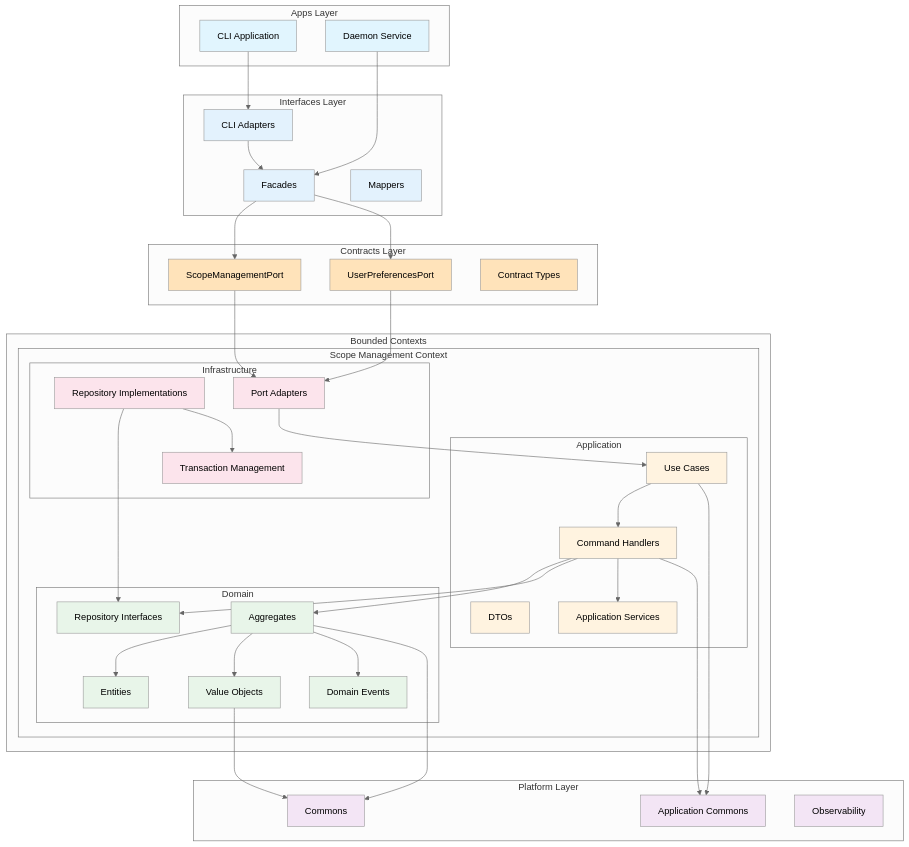
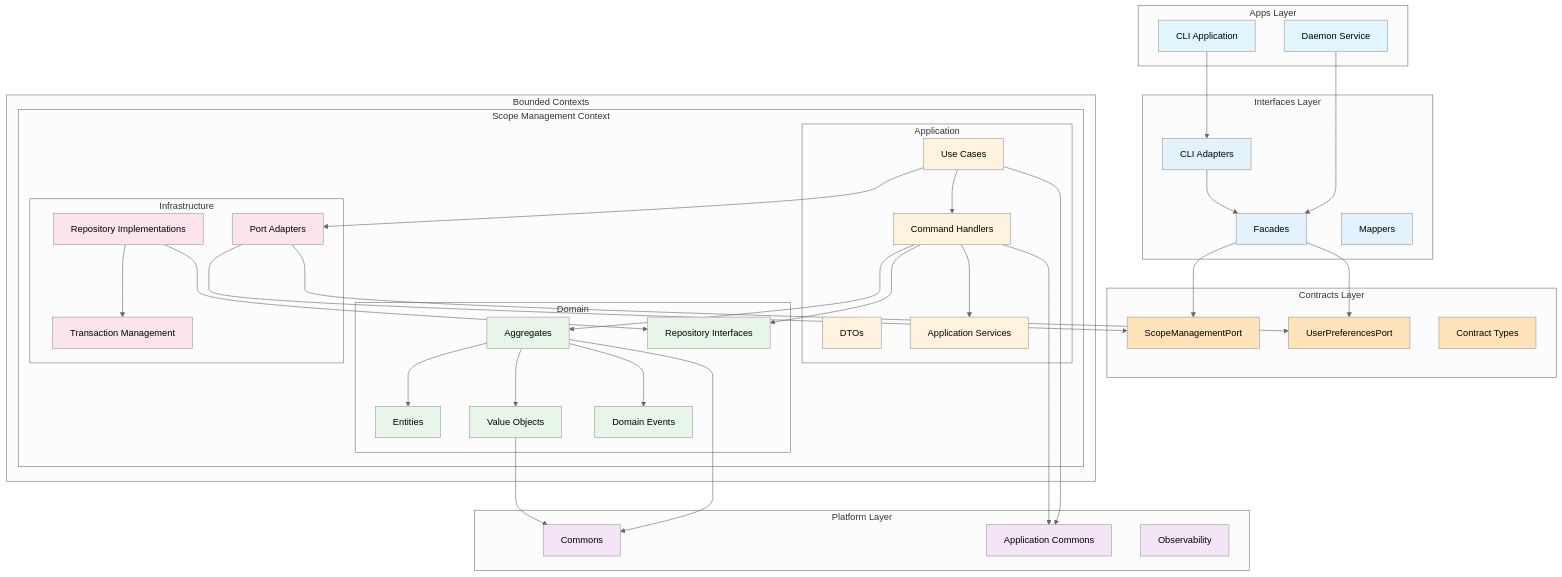
Before and after one commit to kamiazya/scopes: the diagram in docs/explanation/clean-architecture.md, drawn with Mermaid (neutral theme). The commit also changed 31 other files, not shown here.

First line of the commit message:
fix: address AI review feedback for contracts layer and architecture

```diff
--- a/docs/explanation/clean-architecture.md
+++ b/docs/explanation/clean-architecture.md
@@ -63,9 +63,9 @@
     FACADE --> SMP
     FACADE --> UPP
     
-    SMP --> ADAPTERS
-    UPP --> ADAPTERS
-    ADAPTERS --> UC
+    ADAPTERS --> SMP
+    ADAPTERS --> UPP
+    UC --> ADAPTERS
     
     UC --> CMD
     CMD --> AGG
```
